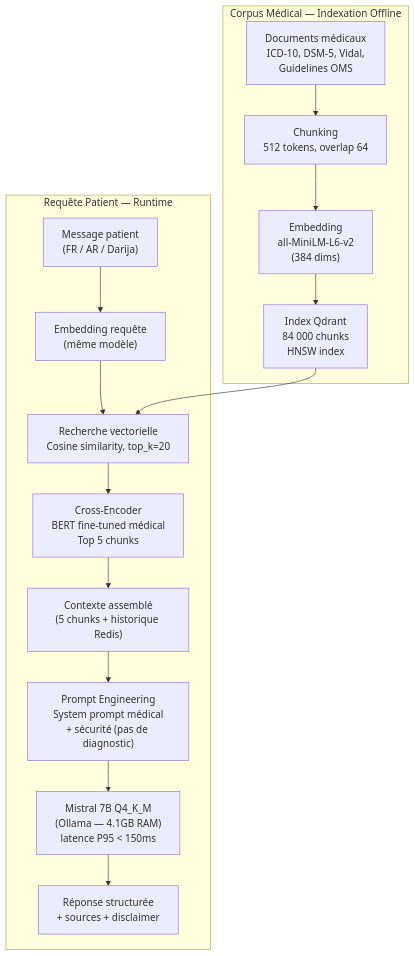
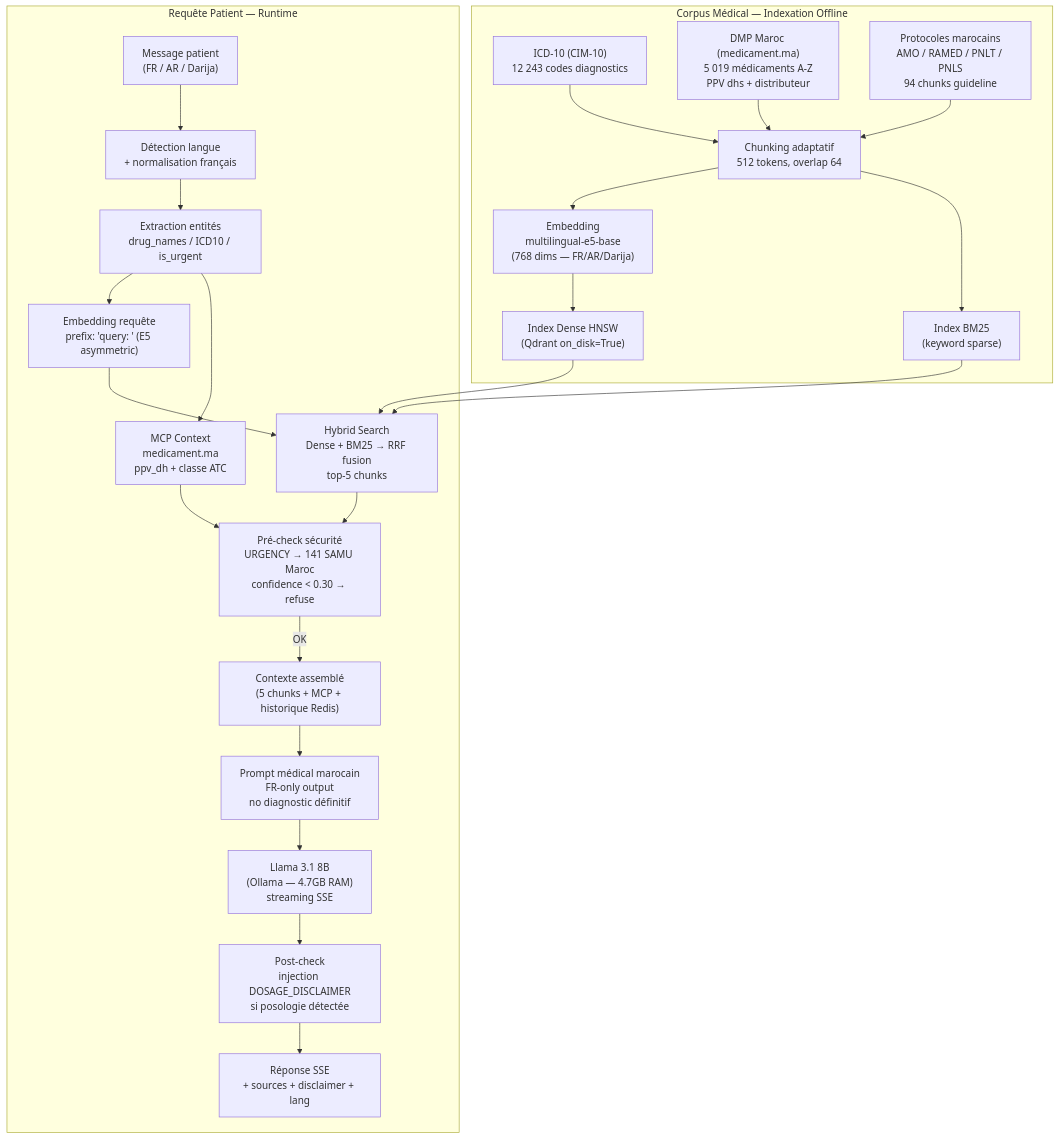
One commit to Boussyf0/MediSense-AI changed diagram 27 of 32 in docs/DIAGRAMMES.md. Above: the diagram before and after it, drawn with Mermaid. The commit also changed other lines of this file and 17 other files, not shown here.

````diff
--- a/docs/DIAGRAMMES.md
+++ b/docs/DIAGRAMMES.md
@@ -1136,25 +1172,39 @@
 ```mermaid
 flowchart TB
     subgraph CORPUS["Corpus Médical — Indexation Offline"]
-        DOCS["Documents médicaux<br/>ICD-10, DSM-5, Vidal,<br/>Guidelines OMS"]
-        CHUNK["Chunking<br/>512 tokens, overlap 64"]
-        EMBED["Embedding<br/>all-MiniLM-L6-v2<br/>(384 dims)"]
-        INDEX["Index Qdrant<br/>84 000 chunks<br/>HNSW index"]
+        D1["ICD-10 (CIM-10)<br/>12 243 codes diagnostics"]
+        D2["DMP Maroc (medicament.ma)<br/>5 019 médicaments A-Z<br/>PPV dhs + distributeur"]
+        D3["Protocoles marocains<br/>AMO / RAMED / PNLT / PNLS<br/>94 chunks guideline"]
+        CHUNK["Chunking adaptatif<br/>512 tokens, overlap 64"]
+        EMBED["Embedding<br/>multilingual-e5-base<br/>(768 dims — FR/AR/Darija)"]
+        BM25_I["Index BM25<br/>(keyword sparse)"]
+        DENSE_I["Index Dense HNSW<br/>(Qdrant on_disk=True)"]
     end
 
     subgraph QUERY["Requête Patient — Runtime"]
         MSG["Message patient<br/>(FR / AR / Darija)"]
-        QEMBED["Embedding requête<br/>(même modèle)"]
-        SEARCH["Recherche vectorielle<br/>Cosine similarity, top_k=20"]
-        RERANK["Cross-Encoder<br/>BERT fine-tuned médical<br/>Top 5 chunks"]
-        CONTEXT["Contexte assemblé<br/>(5 chunks + historique Redis)"]
-        PROMPT["Prompt Engineering<br/>System prompt médical<br/>+ sécurité (pas de diagnostic)"]
-        MISTRAL_M["Mistral 7B Q4_K_M<br/>(Ollama — 4.1GB RAM)<br/>latence P95 < 150ms"]
-        RESPONSE["Réponse structurée<br/>+ sources + disclaimer"]
+        LANGDET["Détection langue<br/>+ normalisation français"]
+        ENTITY["Extraction entités<br/>drug_names / ICD10 / is_urgent"]
+        QEMBED["Embedding requête<br/>prefix: 'query: ' (E5 asymmetric)"]
+        HYBRIDS["Hybrid Search<br/>Dense + BM25 → RRF fusion<br/>top-5 chunks"]
+        MCPCTX["MCP Context<br/>medicament.ma<br/>ppv_dh + classe ATC"]
+        SAFETY_PRE["Pré-check sécurité<br/>URGENCY → 141 SAMU Maroc<br/>confidence < 0.30 → refuse"]
+        CONTEXT["Contexte assemblé<br/>(5 chunks + MCP + historique Redis)"]
+        PROMPT["Prompt médical marocain<br/>FR-only output<br/>no diagnostic définitif"]
+        LLAMA_M["Llama 3.1 8B<br/>(Ollama — 4.7GB RAM)<br/>streaming SSE"]
+        SAFETY_POST["Post-check<br/>injection DOSAGE_DISCLAIMER<br/>si posologie détectée"]
+        RESPONSE["Réponse SSE<br/>+ sources + disclaimer + lang"]
     end
 
-    DOCS --> CHUNK --> EMBED --> INDEX
-    MSG --> QEMBED --> SEARCH
-    INDEX --> SEARCH --> RERANK --> CONTEXT
-    CONTEXT --> PROMPT --> MISTRAL_M --> RESPONSE
+    D1 & D2 & D3 --> CHUNK --> EMBED
+    EMBED --> DENSE_I
+    CHUNK --> BM25_I
+
+    MSG --> LANGDET --> ENTITY --> QEMBED
+    QEMBED --> HYBRIDS
+    DENSE_I & BM25_I --> HYBRIDS
+    ENTITY --> MCPCTX
+    HYBRIDS & MCPCTX --> SAFETY_PRE
+    SAFETY_PRE -->|"OK"| CONTEXT
+    CONTEXT --> PROMPT --> LLAMA_M --> SAFETY_POST --> RESPONSE
 ```
````
